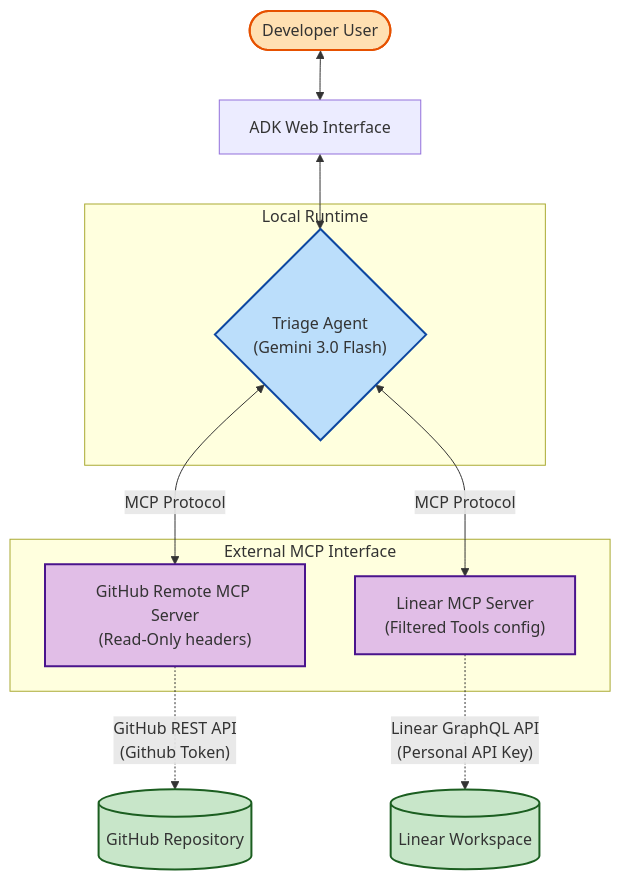
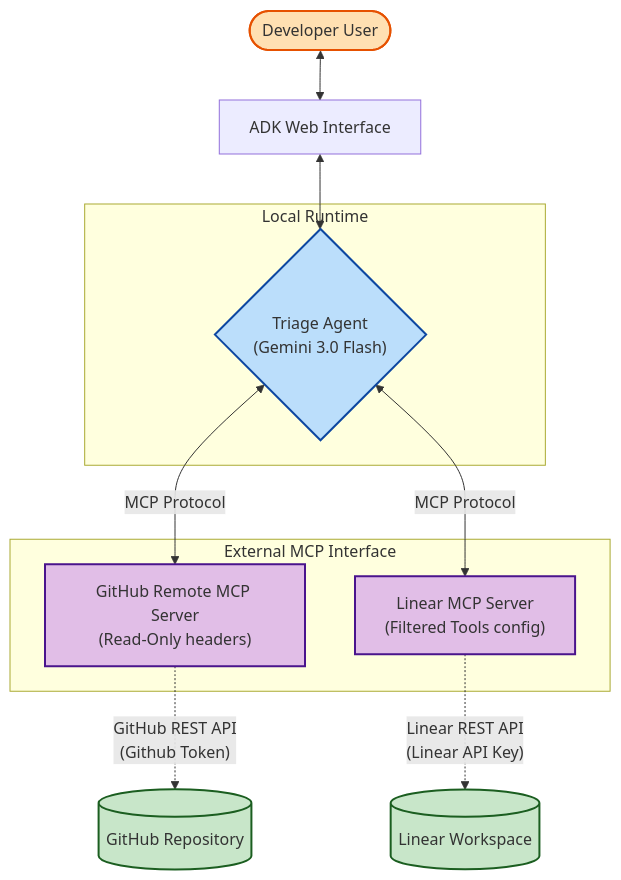
One commit to rovindra/web-master changed the diagram in architecture.md. Above: the diagram before and after it, drawn with Mermaid.

Commit message:
Update LIN_MCP to use Linear REST API

````diff
--- a/architecture.md
+++ b/architecture.md
@@ -5,30 +5,30 @@
 ```mermaid
 graph TD
     User(["Developer User"]) <--> UI["ADK Web Interface"]
     UI <--> Agent{"Triage Agent<br>(Gemini 3.0 Flash)"}
     
     subgraph Local Runtime
         Agent
     end
     
     subgraph External MCP Interface
         GH_MCP["GitHub Remote MCP Server<br>(Read-Only headers)"]
         LIN_MCP["Linear MCP Server<br>(Filtered Tools config)"]
     end
     
     Agent <-- "MCP Protocol" --> GH_MCP
     Agent <-- "MCP Protocol" --> LIN_MCP
     
     GH_MCP -. "GitHub REST API<br>(Github Token)" .-> GitHub[("GitHub Repository")]
-    LIN_MCP -. "Linear GraphQL API<br>(Personal API Key)" .-> Linear[("Linear Workspace")]
+    LIN_MCP -. "Linear REST API<br>(Linear API Key)" .-> Linear[("Linear Workspace")]
     
     classDef runtime fill:#BBDEFB,stroke:#0D47A1,stroke-width:2px;
     classDef mcp fill:#E1BEE7,stroke:#4A148C,stroke-width:2px;
     classDef target fill:#C8E6C9,stroke:#1B5E20,stroke-width:2px;
     classDef user fill:#FFE0B2,stroke:#E65100,stroke-width:2px;
     
     class Agent runtime;
     class GH_MCP,LIN_MCP mcp;
     class GitHub,Linear target;
     class User user;
 ```
````
